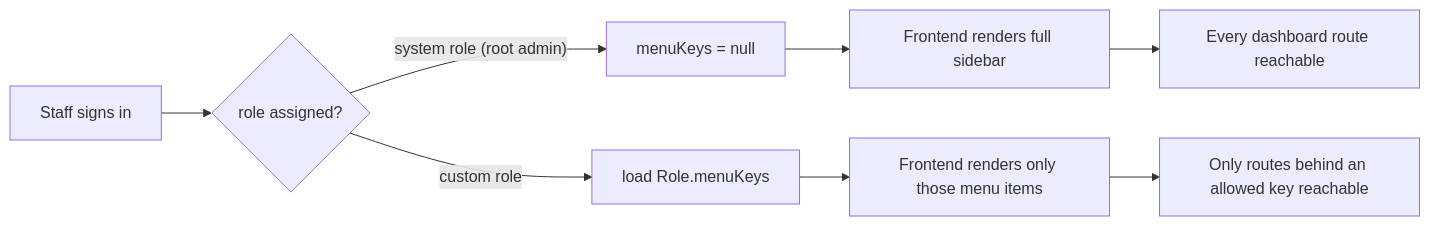
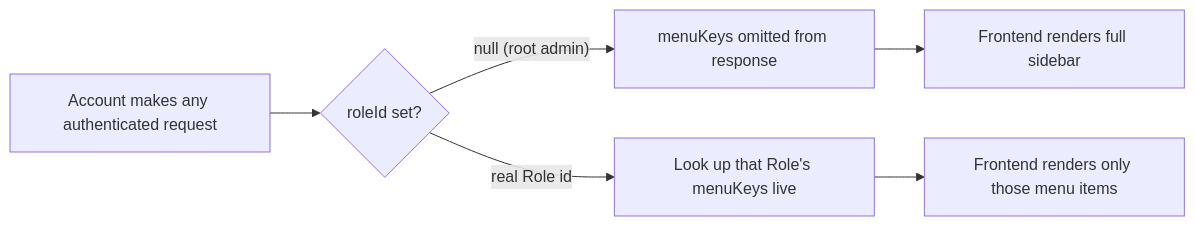
Before and after one commit to turontechnologies/T-Educare: the fourth of 7 diagrams in backend/API_CONTRACT.md, drawn with Mermaid. The commit also changed other lines of this file and 6 other files, not shown here.

Commit message:
feat: implement role validation and menu key checks in RoleService and RoleController tests

````diff
--- a/backend/API_CONTRACT.md
+++ b/backend/API_CONTRACT.md
@@ -1074,10 +1131,8 @@
 ```mermaid
 flowchart LR
-    A[Staff signs in] --> B{role assigned?}
-    B -- "system role (root admin)" --> C[menuKeys = null]
-    B -- "custom role" --> D[load Role.menuKeys]
+    A[Account makes any authenticated request] --> B{roleId set?}
+    B -- "null (root admin)" --> C[menuKeys omitted from response]
+    B -- "real Role id" --> D[Look up that Role's menuKeys live]
     C --> E[Frontend renders full sidebar]
     D --> F[Frontend renders only those menu items]
-    E --> G[Every dashboard route reachable]
-    F --> H[Only routes behind an allowed key reachable]
 ```
````
